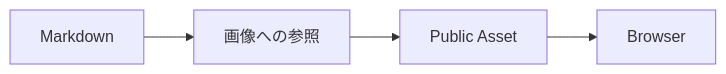
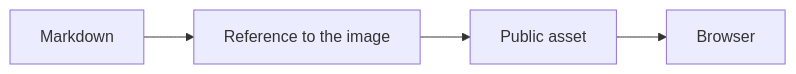
One commit to Rerurate514/riebeckite changed the fifth of 7 diagrams in docs/docs/guides/obsidian.md. Above: the diagram before and after it, drawn with Mermaid. The commit also changed other lines of this file and 604 other files, not shown here.

````diff
--- a/docs/docs/guides/obsidian.md
+++ b/docs/docs/guides/obsidian.md
@@ -432,11 +417,11 @@
-```mermaid id="ih1u6m"
+```mermaid
 flowchart LR
     Note["Markdown"]
-    Link["画像への参照"]
-    Public["Public Asset"]
+    Link["Reference to the image"]
+    Public["Public asset"]
     Browser["Browser"]
 
     Note --> Link
     Link --> Public
     Public --> Browser
 ```
````
